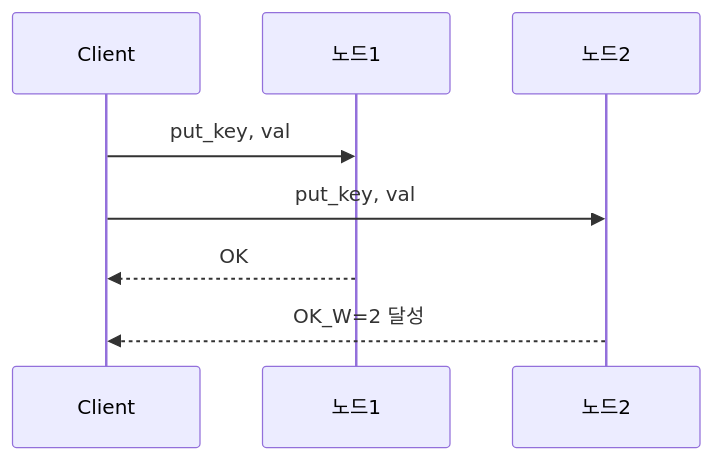
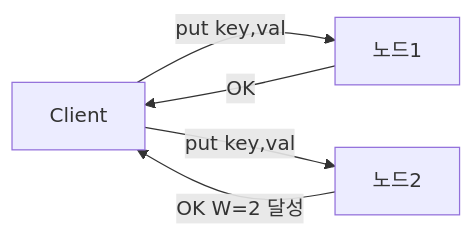
One commit to yjkim2015/yjkim2015.github.io changed the second of 8 diagrams in _posts/systemdesign/2026-05-03-system-design-kv-store.md. Above: the diagram before and after it, drawn with Mermaid. The commit also changed 84 other files, not shown here.

First line of the commit message:
85개 포스트 Mermaid 다이어그램 규칙 일괄 수정

````diff
--- a/_posts/systemdesign/2026-05-03-system-design-kv-store.md
+++ b/_posts/systemdesign/2026-05-03-system-design-kv-store.md
@@ -228,10 +228,7 @@
 ```mermaid
-sequenceDiagram
-    participant C as Client
-    participant N1 as 노드1
-    participant N2 as 노드2
-    C->>N1: put_key, val
-    C->>N2: put_key, val
-    N1-->>C: OK
-    N2-->>C: OK_W=2 달성
+graph LR
+    A[Client] -->|put key,val| B[노드1]
+    A -->|put key,val| C[노드2]
+    B -->|OK| A
+    C -->|OK W=2 달성| A
 ```
````
